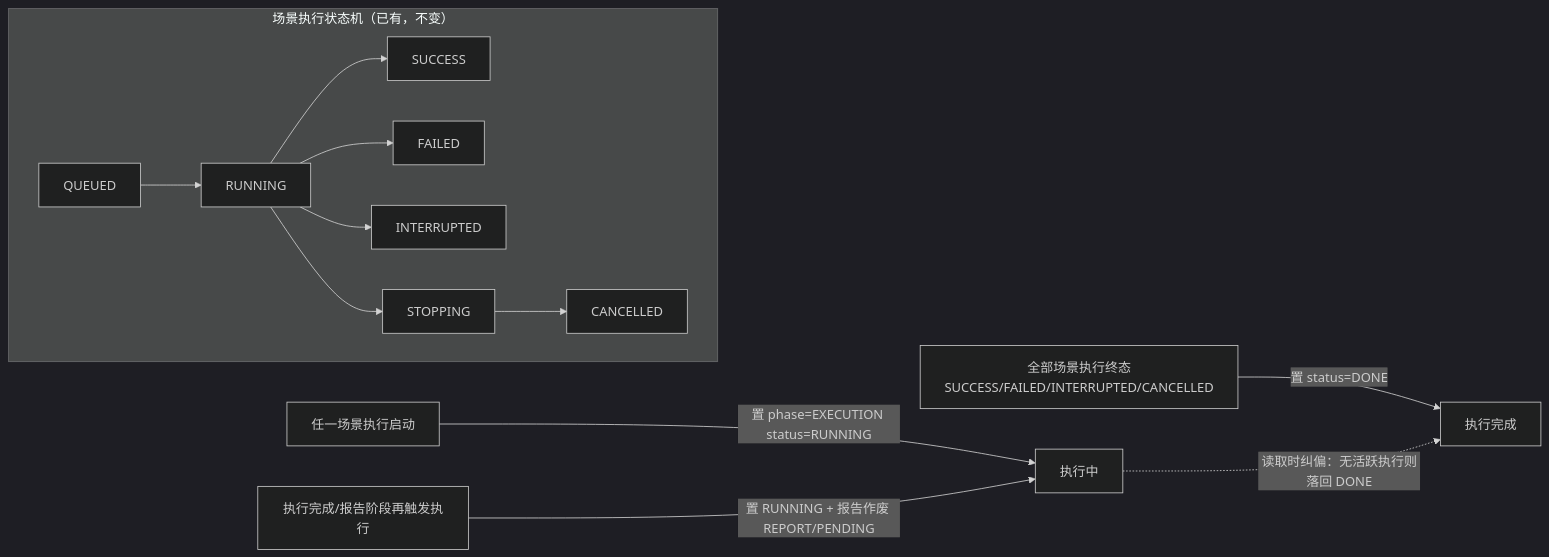
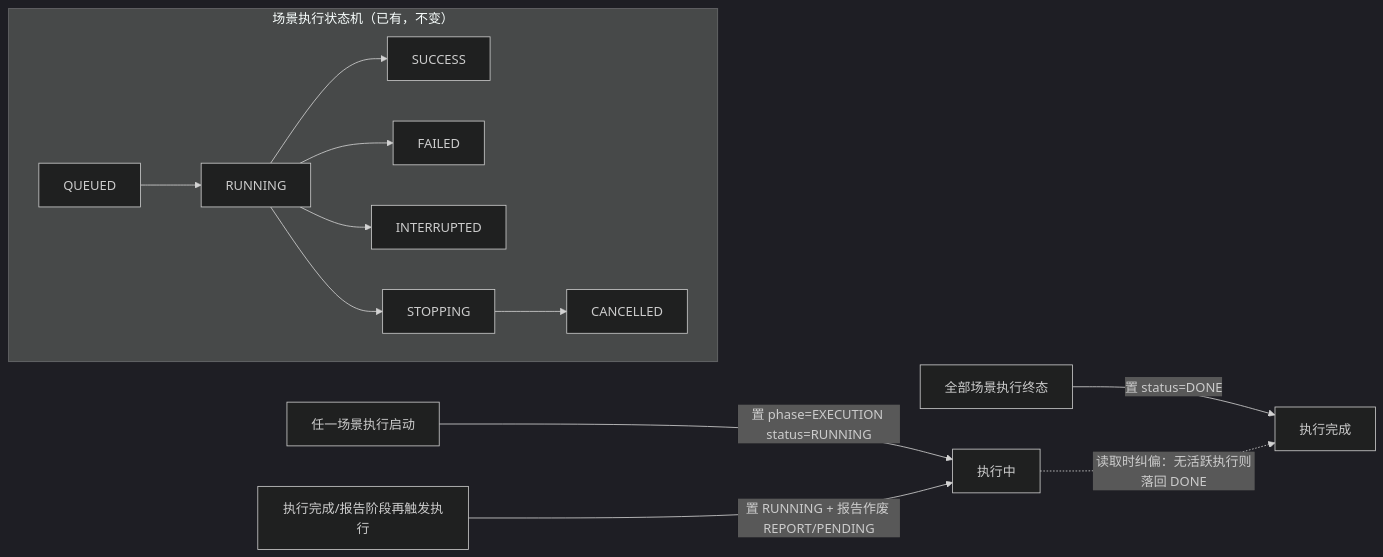
Before and after one commit to wangk123/performance-test-platform: the second of 2 diagrams in docs/superpowers/specs/2026-09-02-plan-document-module-design.md, drawn with Mermaid (dark theme). The commit also changed other lines of this file and 1 other file, not shown here.

````diff
--- a/docs/superpowers/specs/2026-09-02-plan-document-module-design.md
+++ b/docs/superpowers/specs/2026-09-02-plan-document-module-design.md
@@ -163,15 +180,15 @@
 ```mermaid
 flowchart LR
     subgraph EXEC["场景执行状态机（已有，不变）"]
         direction LR
         Q[QUEUED] --> R[RUNNING]
         R --> SU[SUCCESS]
         R --> FA[FAILED]
         R --> IN[INTERRUPTED]
         R --> ST[STOPPING] --> CA[CANCELLED]
     end
     START["任一场景执行启动"] -->|"置 phase=EXECUTION status=RUNNING"| ER[执行中]
-    END["全部场景执行终态<br/>SUCCESS/FAILED/INTERRUPTED/CANCELLED"] -->|"置 status=DONE"| ED[执行完成]
+    END["全部场景执行终态"] -->|"置 status=DONE"| ED[执行完成]
     ER -. 读取时纠偏：无活跃执行则落回 DONE .-> ED
     NEWRUN["执行完成/报告阶段再触发执行"] -->|"置 RUNNING + 报告作废 REPORT/PENDING"| ER
 ```
````
